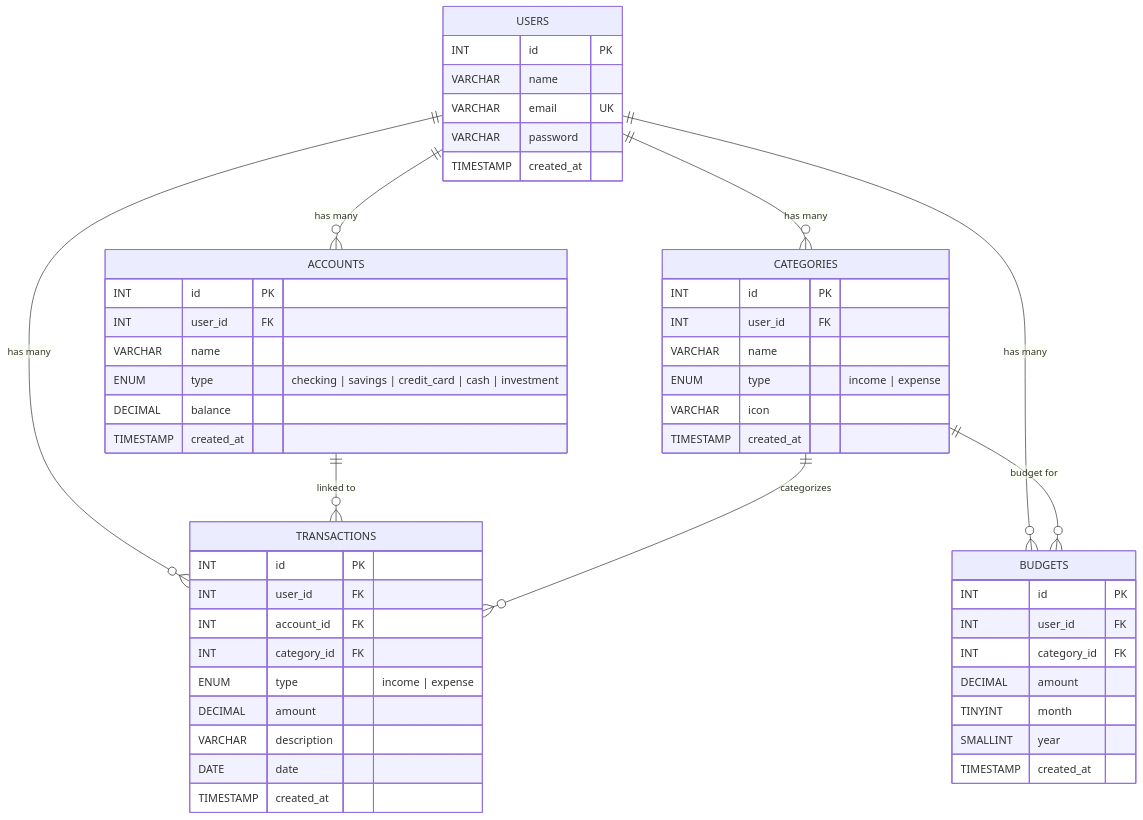
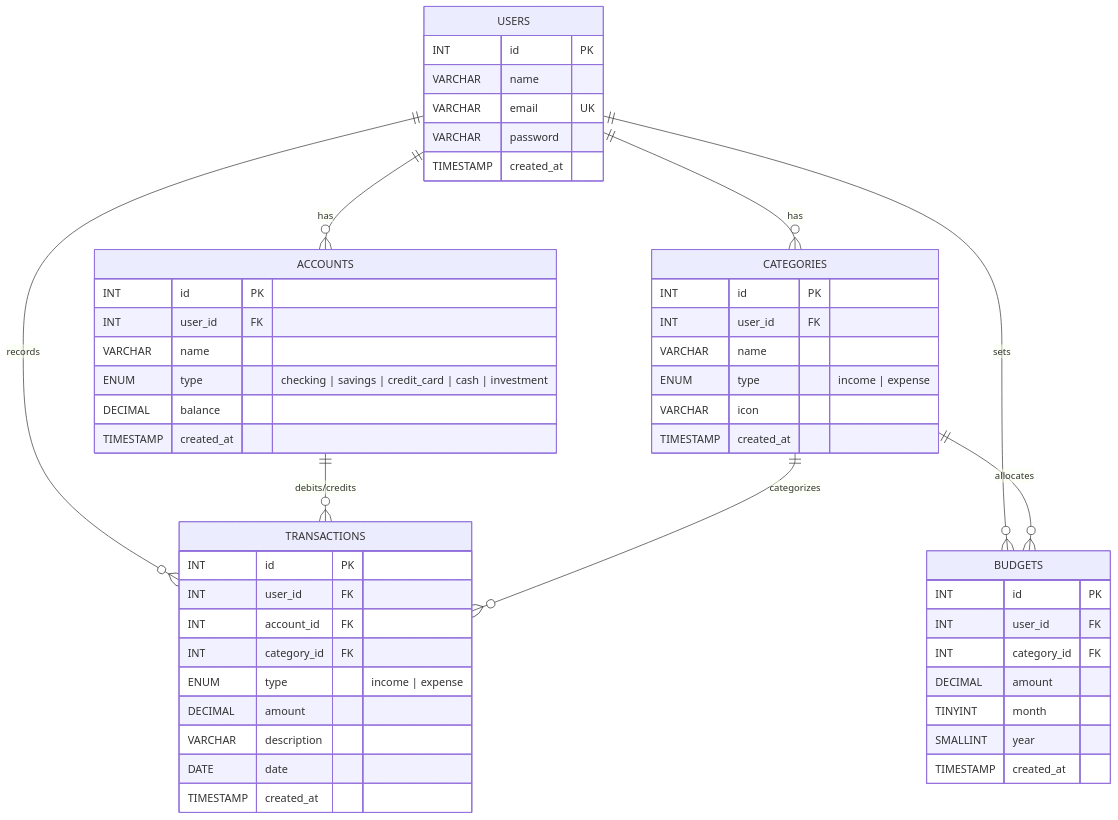
Before and after one commit to 2024ucp1505/PersonalExpenseTracer: the second of 2 diagrams in README.md, drawn with Mermaid. The commit also changed other lines of this file, not shown here.

Commit message:
docs: revamp README with database normalization, ER diagrams, Text-to-SQL architecture, and security layers

````diff
--- a/README.md
+++ b/README.md
@@ -26,58 +62,58 @@
 ```mermaid
 erDiagram
     USERS {
         INT id PK
         VARCHAR name
         VARCHAR email UK
         VARCHAR password
         TIMESTAMP created_at
     }
 
     ACCOUNTS {
         INT id PK
         INT user_id FK
         VARCHAR name
         ENUM type "checking | savings | credit_card | cash | investment"
         DECIMAL balance
         TIMESTAMP created_at
     }
 
     CATEGORIES {
         INT id PK
         INT user_id FK
         VARCHAR name
         ENUM type "income | expense"
         VARCHAR icon
         TIMESTAMP created_at
     }
 
     TRANSACTIONS {
         INT id PK
         INT user_id FK
         INT account_id FK
         INT category_id FK
         ENUM type "income | expense"
         DECIMAL amount
         VARCHAR description
         DATE date
         TIMESTAMP created_at
     }
 
     BUDGETS {
         INT id PK
         INT user_id FK
         INT category_id FK
         DECIMAL amount
         TINYINT month
         SMALLINT year
         TIMESTAMP created_at
     }
 
-    USERS ||--o{ ACCOUNTS : "has many"
-    USERS ||--o{ CATEGORIES : "has many"
-    USERS ||--o{ TRANSACTIONS : "has many"
-    USERS ||--o{ BUDGETS : "has many"
-    ACCOUNTS ||--o{ TRANSACTIONS : "linked to"
+    USERS ||--o{ ACCOUNTS : "has"
+    USERS ||--o{ CATEGORIES : "has"
+    USERS ||--o{ TRANSACTIONS : "records"
+    USERS ||--o{ BUDGETS : "sets"
+    ACCOUNTS ||--o{ TRANSACTIONS : "debits/credits"
     CATEGORIES ||--o{ TRANSACTIONS : "categorizes"
-    CATEGORIES ||--o{ BUDGETS : "budget for"
+    CATEGORIES ||--o{ BUDGETS : "allocates"
 ```
````
